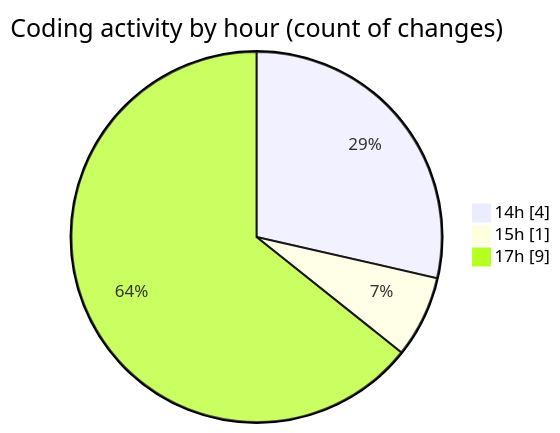
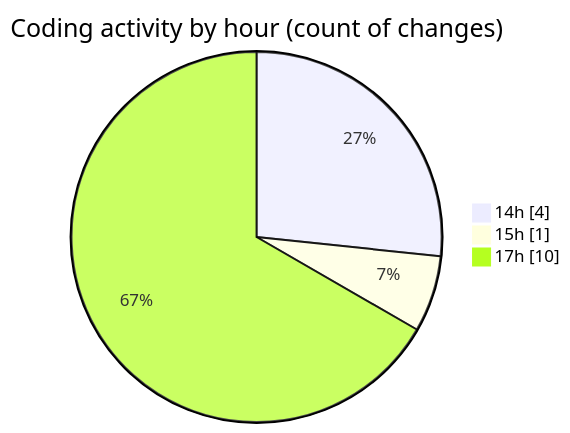
One commit to debugP/code-tracking changed the second of 2 diagrams in 2026-07-08/wp-content/README.md. Above: the diagram before and after it, drawn with Mermaid. The commit also changed other lines of this file and 1 other file, not shown here.

````diff
--- a/2026-07-08/wp-content/README.md
+++ b/2026-07-08/wp-content/README.md
@@ -31,7 +31,7 @@
 ```mermaid
 pie showData
 title Coding activity by hour (count of changes)
 "14h" : 4
 "15h" : 1
-"17h" : 9
+"17h" : 10
 ```
````
